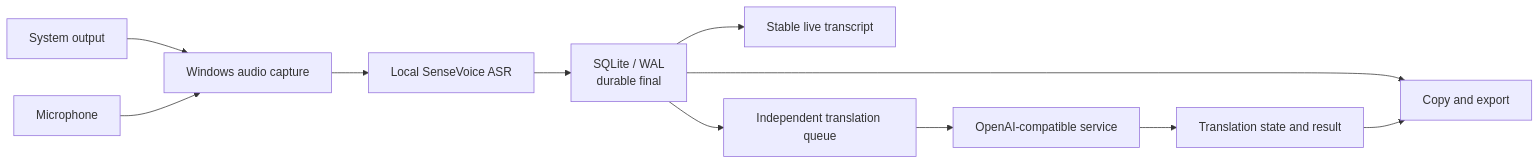
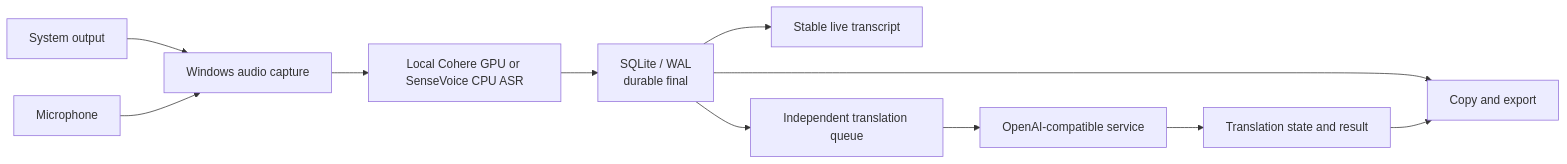
The diagram in README.md (AsaZhou923/MeetingRelay), drawn with Mermaid before and after one commit. The commit also changed other lines of this file and 21 other files, not shown here.

````diff
--- a/README.md
+++ b/README.md
@@ -47,13 +47,13 @@
 ```mermaid
 flowchart LR
     SYS["System output"] --> CAP["Windows audio capture"]
     MIC["Microphone"] --> CAP
-    CAP --> ASR["Local SenseVoice ASR"]
+    CAP --> ASR["Local Cohere GPU or SenseVoice CPU ASR"]
     ASR --> DB["SQLite / WAL<br/>durable final"]
     DB --> UI["Stable live transcript"]
     DB --> TQ["Independent translation queue"]
     TQ --> LLM["OpenAI-compatible service"]
     LLM --> TR["Translation state and result"]
     DB --> OUT["Copy and export"]
     TR --> OUT
 ```
````
